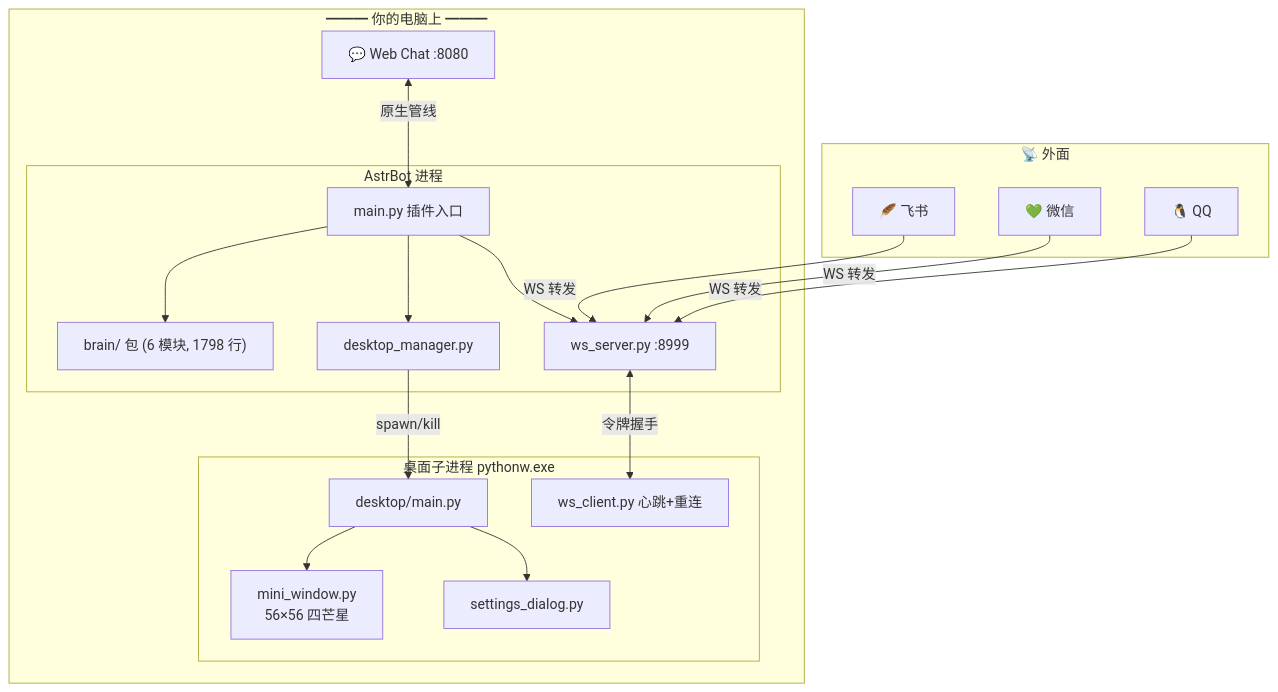
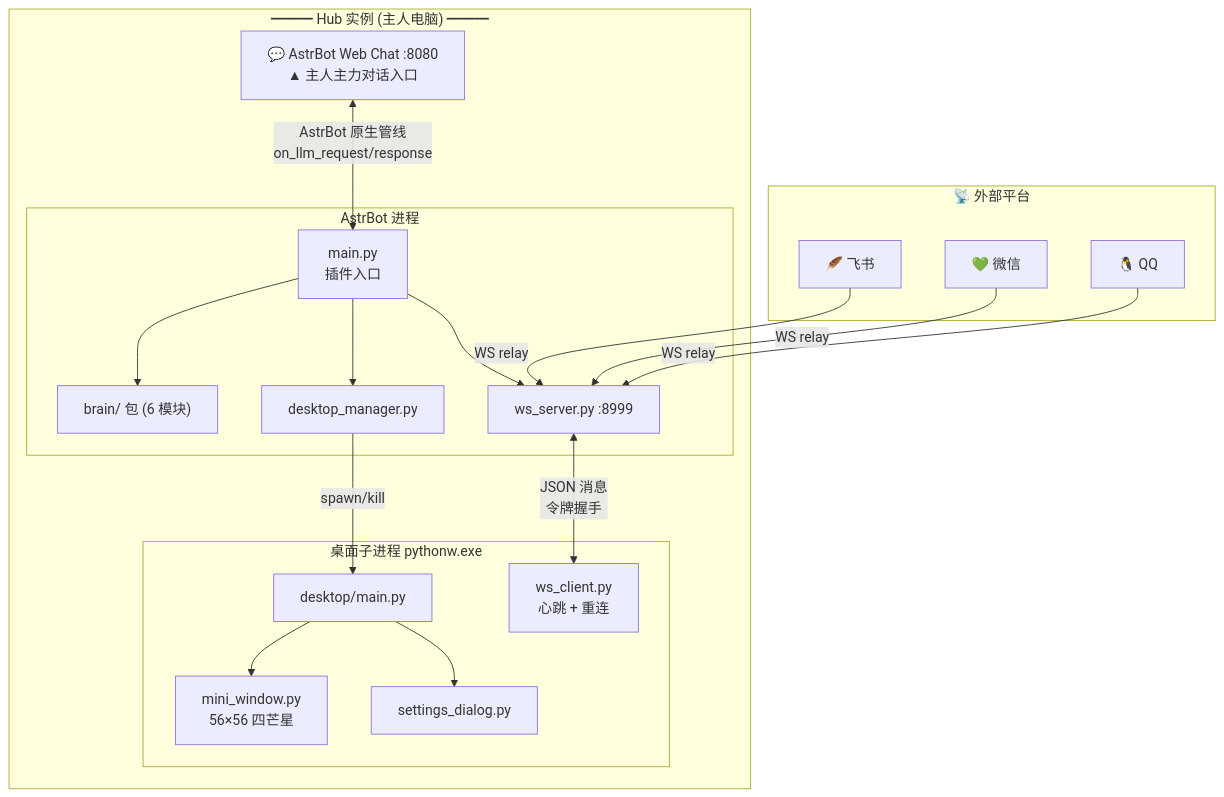
Before and after one commit to yuanchu114514-spec/nexus-brain: the second of 2 diagrams in README.md, drawn with Mermaid. The commit also changed other lines of this file and 2 other files, not shown here.

Commit message:
添加项目计划文档: v0.8.0 向量记忆系统 + 参考 Iris Chat Memory 设计

````diff
--- a/README.md
+++ b/README.md
@@ -67,40 +63,40 @@
 ```mermaid
 flowchart TB
-    subgraph HubBox["━━━ 你的电脑上 ━━━"]
+    subgraph HubBox["━━━ Hub 实例 (主人电脑) ━━━"]
         subgraph AstrBot["AstrBot 进程"]
-            Main["main.py 插件入口"]
-            BrainPkg["brain/ 包 (6 模块, 1798 行)"]
+            Main["main.py<br/>插件入口"]
+            BrainPkg["brain/ 包 (6 模块)"]
             WSSrv["ws_server.py :8999"]
             DeskMgr["desktop_manager.py"]
         end
 
         subgraph PyQt5["桌面子进程 pythonw.exe"]
             DeskMain["desktop/main.py"]
             MiniWin["mini_window.py<br/>56×56 四芒星"]
             SettingsDlg["settings_dialog.py"]
-            WSClient["ws_client.py 心跳+重连"]
+            WSClient["ws_client.py<br/>心跳 + 重连"]
         end
 
-        WebChat["💬 Web Chat :8080"]
+        WebChat["💬 AstrBot Web Chat :8080<br/>▲ 主人主力对话入口"]
     end
 
-    subgraph Outside["📡 外面"]
+    subgraph Outside["📡 外部平台"]
         QPlatform["🐧 QQ"]
         WPlatform["💚 微信"]
         FPlatform["🪶 飞书"]
     end
 
-    WebChat <-->|"原生管线"| Main
-    QPlatform -->|"WS 转发"| WSSrv
-    WPlatform -->|"WS 转发"| WSSrv
-    FPlatform -->|"WS 转发"| WSSrv
+    WebChat <-->|"AstrBot 原生管线<br/>on_llm_request/response"| Main
+    QPlatform -->|"WS relay"| WSSrv
+    WPlatform -->|"WS relay"| WSSrv
+    FPlatform -->|"WS relay"| WSSrv
 
     Main --> BrainPkg
     Main --> WSSrv
     Main --> DeskMgr
 
-    WSSrv <-->|"令牌握手"| WSClient
+    WSSrv <-->|"JSON 消息<br/>令牌握手"| WSClient
     DeskMgr -->|"spawn/kill"| DeskMain
     DeskMain --> MiniWin
     DeskMain --> SettingsDlg
 ```
````
